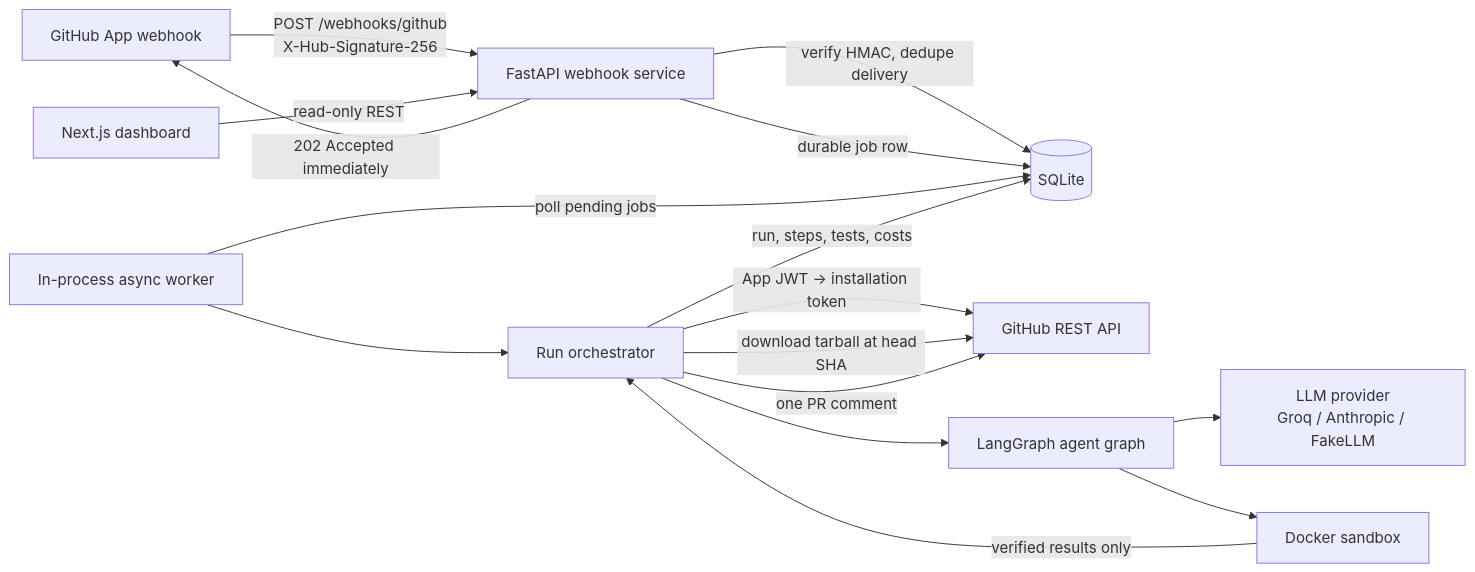
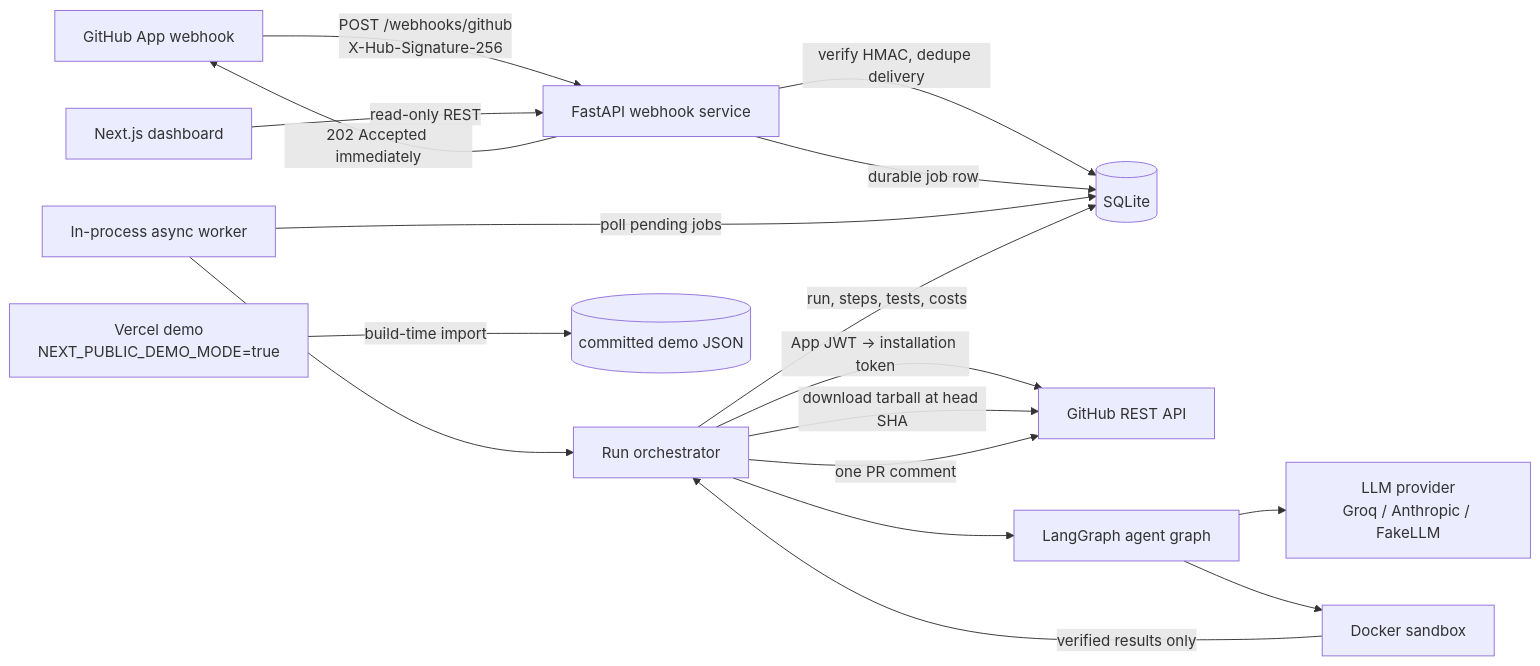
Before and after one commit to saswatt31/PR-Guard: the first of 2 diagrams in ARCHITECTURE.md, drawn with Mermaid. The commit also changed other lines of this file and 40 other files, not shown here.

````diff
--- a/ARCHITECTURE.md
+++ b/ARCHITECTURE.md
@@ -13,18 +14,19 @@
 ```mermaid
 flowchart LR
     GH[GitHub App webhook] -->|POST /webhooks/github<br/>X-Hub-Signature-256| API[FastAPI webhook service]
     API -->|verify HMAC, dedupe delivery| DB[(SQLite)]
     API -->|202 Accepted immediately| GH
     API -->|durable job row| DB
     W[In-process async worker] -->|poll pending jobs| DB
     W --> ORCH[Run orchestrator]
     ORCH -->|App JWT -> installation token| GHAPI[GitHub REST API]
     ORCH -->|download tarball at head SHA| GHAPI
     ORCH --> G[LangGraph agent graph]
     G --> LLM[LLM provider<br/>Groq / Anthropic / FakeLLM]
     G --> SB[Docker sandbox]
     SB -->|verified results only| ORCH
     ORCH -->|one PR comment| GHAPI
     ORCH -->|run, steps, tests, costs| DB
     D[Next.js dashboard] -->|read-only REST| API
+    DEMO[Vercel demo<br/>NEXT_PUBLIC_DEMO_MODE=true] -->|build-time import| JSON[(committed demo JSON)]
 ```
````
